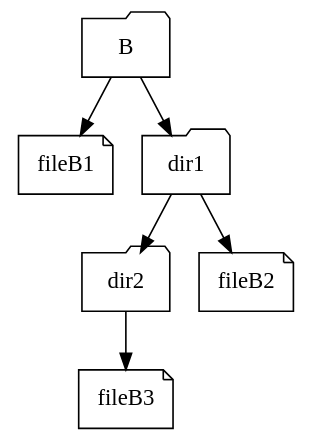
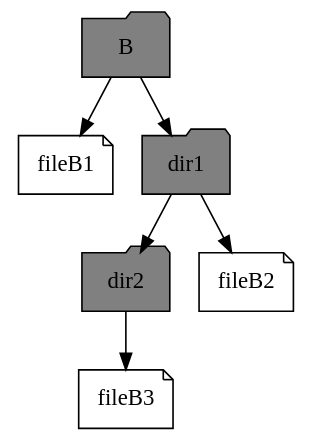
Before and after one commit to nathanwiegand/funion: the diagram in images/dots/Bdir.dot, drawn with Graphviz. The commit also changed 5 other files, not shown here.

```diff
--- a/images/dots/Bdir.dot
+++ b/images/dots/Bdir.dot
@@ -1,18 +1,18 @@
 digraph G
 {
-  B [shape=folder, label="B"];
+  B [style=filled,fillcolor=gray,shape=folder, label="B"];
   fileB1 [shape=note, label="fileB1"];
-  Bdir1  [shape=folder, label="dir1"];
-  Bdir2  [shape=folder, label="dir2"];
+  Bdir1  [style=filled,fillcolor=gray,shape=folder, label="dir1"];
+  Bdir2  [style=filled,fillcolor=gray,shape=folder, label="dir2"];
   fileB2 [shape=note, label="fileB2"];
   fileB3 [shape=note, label="fileB3"];
 
   "B" -> "fileB1";
   "B" -> "Bdir1";
   
   "Bdir1" -> "fileB2";
   "Bdir1" -> "Bdir2";
 
   "Bdir2" -> "fileB3";
   
 }
```
